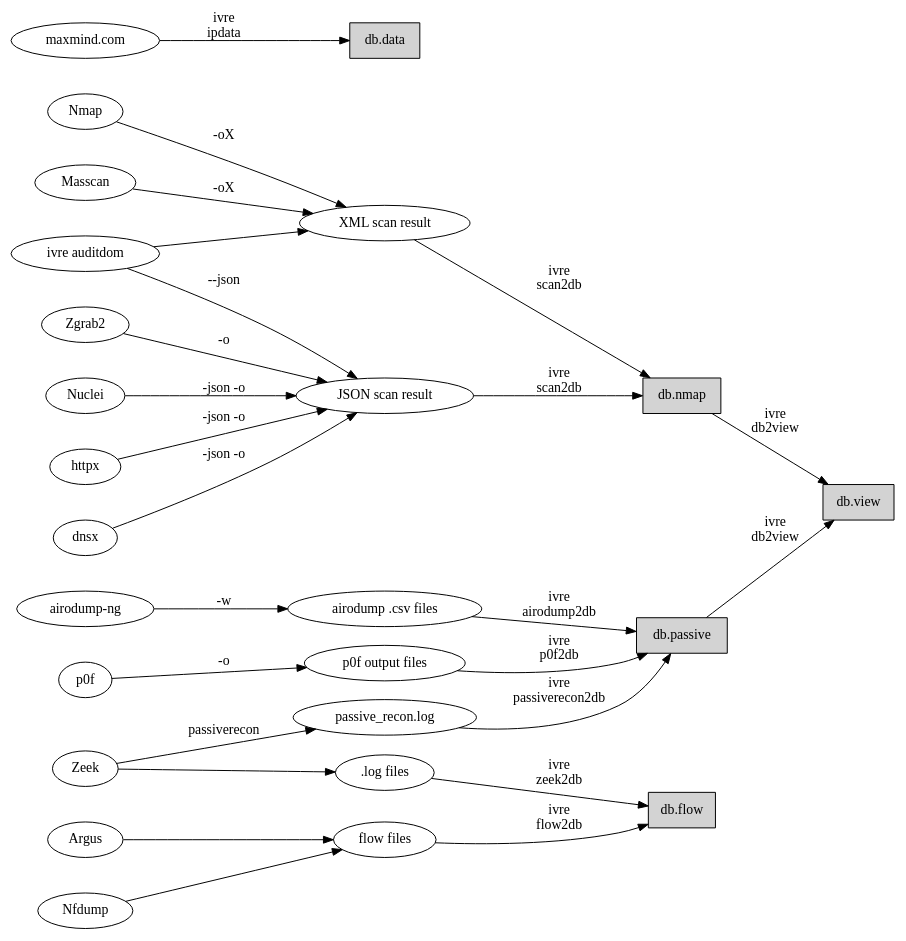
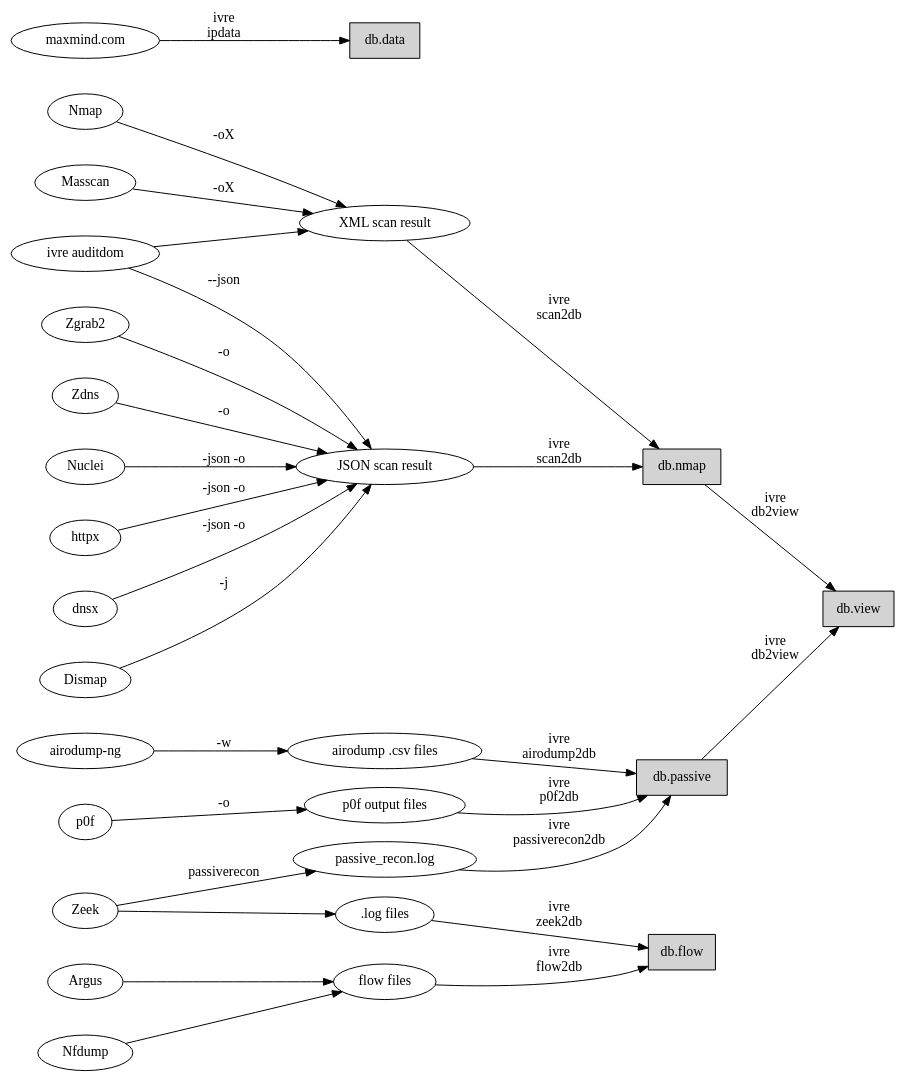
The first of 3 diagrams in doc/overview/principles.rst (ivre/ivre), drawn with Graphviz before and after one commit. The commit also changed other lines of this file and 9 other files, not shown here.

```diff
--- a/doc/overview/principles.rst
+++ b/doc/overview/principles.rst
@@ -80,67 +84,71 @@
 .. graphviz::
 
    digraph {
       graph [rankdir=LR];
 
       "maxmind.com";
       "Nmap";
       "Masscan";
       "ivre auditdom";
       "Zgrab2";
+      "Zdns";
       "Nuclei";
       "httpx";
       "dnsx";
+      "Dismap";
       "airodump-ng";
       "p0f";
       "Zeek";
       "Zeek";
       "Argus";
       "Nfdump";
 
       XML [label="XML scan result"];
       JSON [label="JSON scan result"];
       CSV_LOG [label="airodump .csv files"];
       P0F_LOG [label="p0f output files"];
       PASS_LOG [label="passive_recon.log"];
       FLOW_LOG [label=".log files"];
       FLOWS [label="flow files"];
 
       db_data [label="db.data" shape="box" style="filled"];
       db_nmap [label="db.nmap" shape="box" style="filled"];
       db_passive [label="db.passive" shape="box" style="filled"];
       db_flow [label="db.flow" shape="box" style="filled"];
       db_view [label="db.view" shape="box" style="filled"];
 
       "maxmind.com" -> db_data [label="ivre\nipdata"];
       "Nmap" -> XML [label="-oX"];
       "Masscan" -> XML [label="-oX"];
       "ivre auditdom" -> XML;
       "ivre auditdom" -> JSON [label="--json"];
       "Zgrab2" -> JSON [label="-o"];
+      "Zdns" -> JSON [label="-o"];
       "Nuclei" -> JSON [label="-json -o"];
       "httpx" -> JSON [label="-json -o"];
       "dnsx" -> JSON [label="-json -o"];
+      "Dismap" -> JSON [label="-j"];
       "airodump-ng" -> CSV_LOG [label="-w"];
       "p0f" -> P0F_LOG [label="-o"];
       "Zeek" -> PASS_LOG [label="passiverecon"];
       "Zeek" -> FLOW_LOG;
       "Argus" -> FLOWS;
       "Nfdump" -> FLOWS;
 
       XML -> db_nmap [label="ivre\nscan2db"];
       JSON -> db_nmap [label="ivre\nscan2db"];
       CSV_LOG -> db_passive [label="ivre\nairodump2db"];
       P0F_LOG -> db_passive [label="ivre\np0f2db"];
       PASS_LOG -> db_passive [label="ivre\npassiverecon2db"];
       FLOW_LOG -> db_flow [label="ivre\nzeek2db"];
       FLOWS -> db_flow [label="ivre\nflow2db"];
       db_passive -> db_view [label="ivre\ndb2view"];
       db_nmap -> db_view [label="ivre\ndb2view"];
 
       {
         rank = same;
         edge[style=invis];
-        "maxmind.com" -> "Nmap" -> "Masscan" -> "ivre auditdom" -> "Zgrab2" -> "Nuclei" -> "httpx" -> "dnsx" -> "airodump-ng" -> "p0f" -> "Zeek" -> "Zeek" -> "Argus" -> "Nfdump";
+        "maxmind.com" -> "Nmap" -> "Masscan" -> "ivre auditdom" -> "Zgrab2" -> "Zdns" -> "Nuclei" -> "httpx" -> "dnsx" -> "Dismap" -> "airodump-ng" -> "p0f" -> "Zeek" -> "Zeek" -> "Argus" -> "Nfdump";
         rankdir = UD;
       }
    }
```
